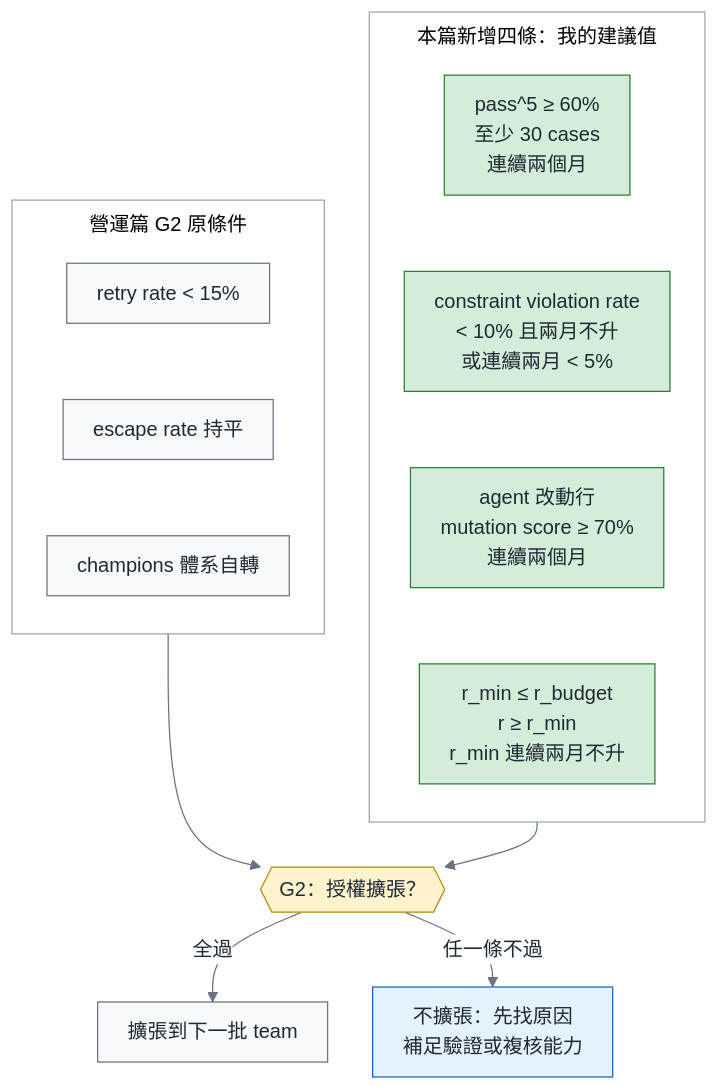
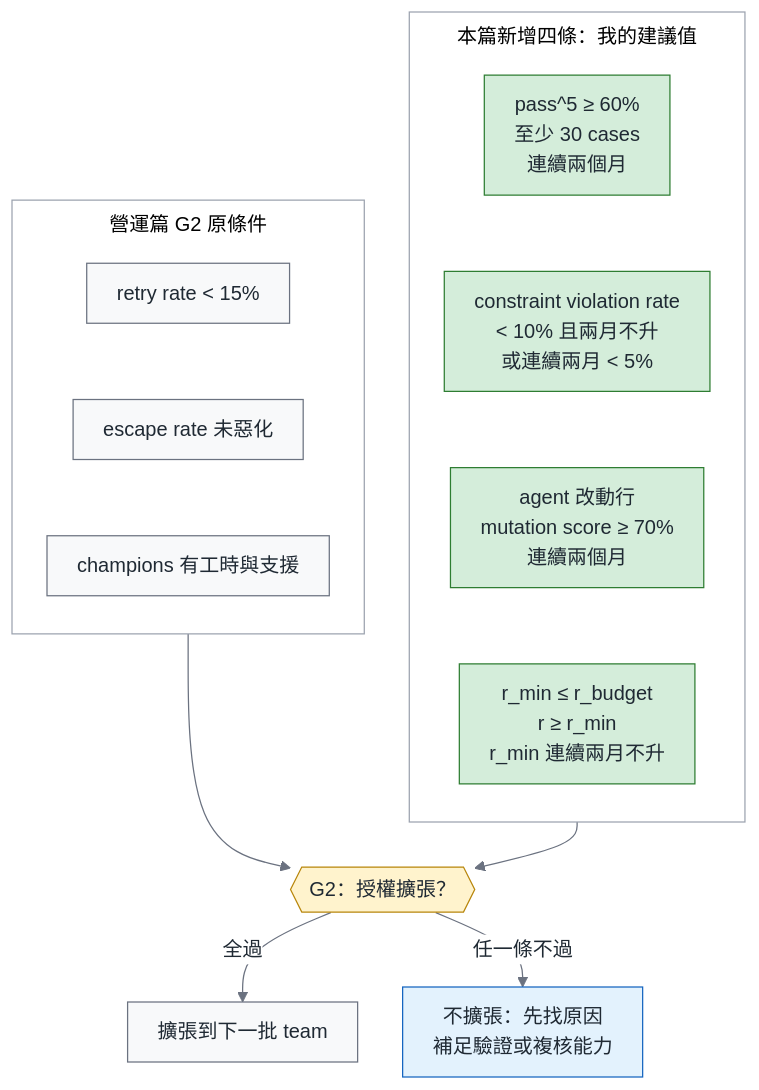
One commit to fantasybz/medium-articles changed the fourth of 4 diagrams in 2026-10-green-reliability/article.md. Above: the diagram before and after it, drawn with Mermaid. The commit also changed other lines of this file and 17 other files, not shown here.

````diff
--- a/2026-10-green-reliability/article.md
+++ b/2026-10-green-reliability/article.md
@@ -489,47 +489,47 @@
 ```mermaid
 ---
 config:
   theme: base
   themeVariables:
     fontSize: 16px
     primaryColor: "#f8f9fa"
     primaryTextColor: "#1f2933"
     primaryBorderColor: "#6b7280"
     lineColor: "#6b7280"
     secondaryColor: "#f8f9fa"
     tertiaryColor: "#ffffff"
     clusterBkg: "#ffffff"
     clusterBorder: "#9ca3af"
     edgeLabelBackground: "#ffffff"
   flowchart:
     nodeSpacing: 36
     rankSpacing: 36
     padding: 12
     htmlLabels: true
     subGraphTitleMargin:
       top: 8
       bottom: 12
     curve: basis
 ---
 flowchart TB
     classDef own fill:#d4edda,stroke:#2e7d32,color:#1f2933
     classDef buy fill:#fff3cd,stroke:#b8860b,color:#1f2933
     classDef bad fill:#ffe0e0,stroke:#c0392b,color:#1f2933
     classDef human fill:#e3f2fd,stroke:#1565c0,color:#1f2933
     subgraph cur["營運篇 G2 原條件"]
         direction TB
-        O1["retry rate #lt; 15%"] ~~~ O2["escape rate 持平"] ~~~ O3["champions 體系自轉"]
+        O1["retry rate #lt; 15%"] ~~~ O2["escape rate 未惡化"] ~~~ O3["champions 有工時與支援"]
     end
     subgraph add["本篇新增四條：我的建議值"]
         direction TB
         N1["pass^5 ≥ 60%<br/>至少 30 cases<br/>連續兩個月"] ~~~ N2["constraint violation rate<br/>#lt; 10% 且兩月不升<br/>或連續兩月 #lt; 5%"]
         N2 ~~~ N3["agent 改動行<br/>mutation score ≥ 70%<br/>連續兩個月"] ~~~ N4["r_min ≤ r_budget<br/>r ≥ r_min<br/>r_min 連續兩月不升"]
     end
     cur --> G{{"G2：授權擴張？"}}
     add --> G
     G -->|全過| Y["擴張到下一批 team"]
     G -->|任一條不過| K["不擴張：先找原因<br/>補足驗證或複核能力"]
     class N1,N2,N3,N4 own
     class G buy
     class K human
 ```
````
